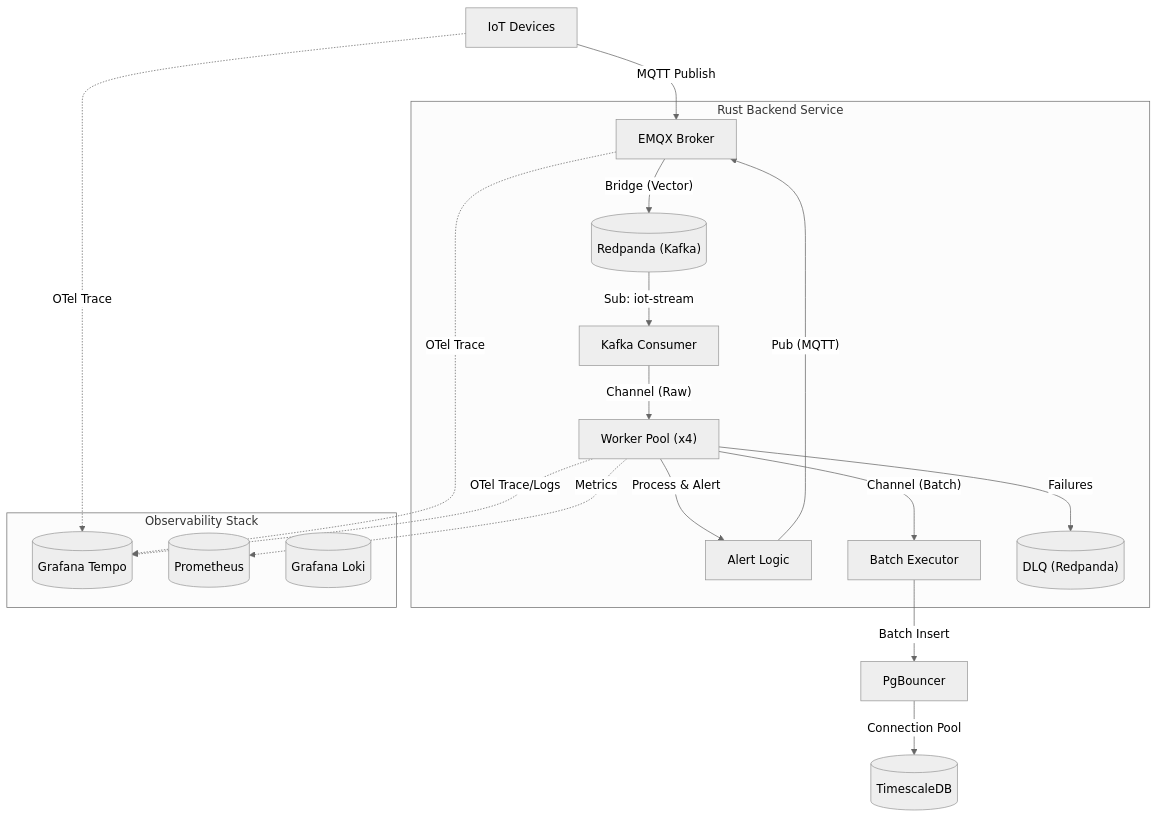
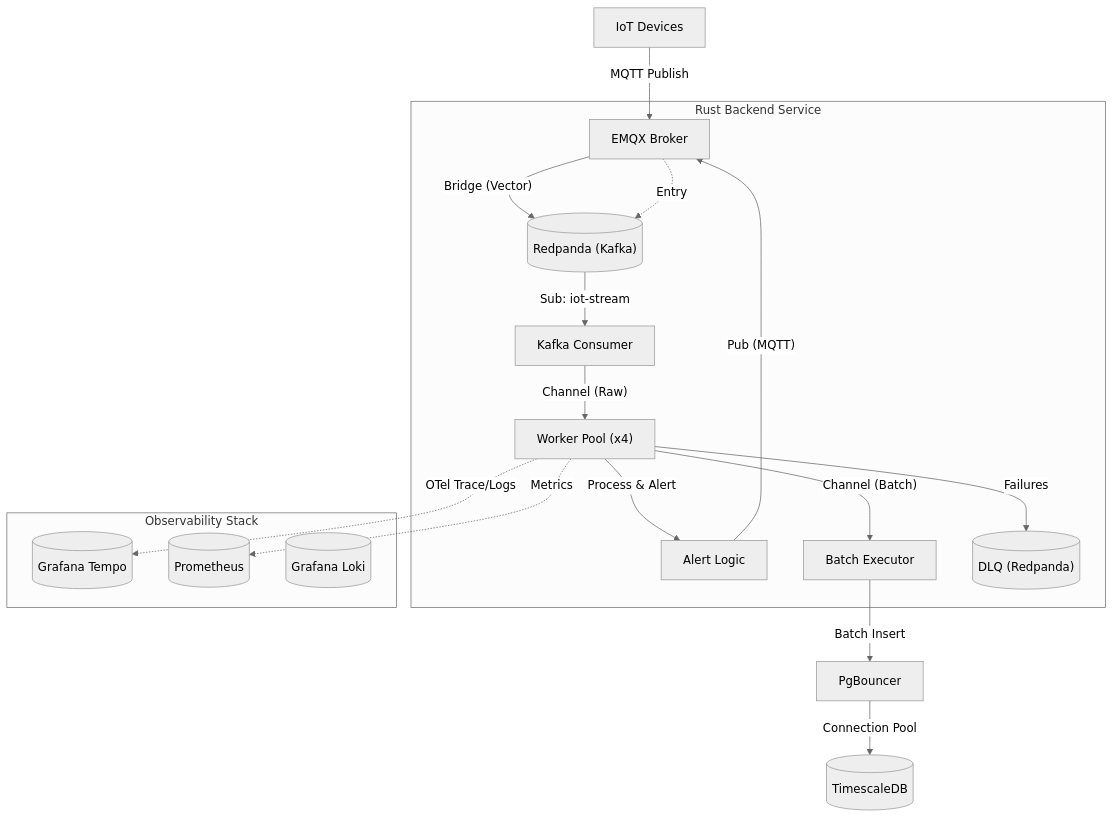
The diagram in README.md (anandcpanchal/rust-mqtt-ingestor), drawn with Mermaid (neutral theme) before and after one commit. The commit also changed other lines of this file and 2 other files, not shown here.

````diff
--- a/README.md
+++ b/README.md
@@ -10,28 +10,27 @@
 ```mermaid
 graph TD
     Devices["IoT Devices"] -->|MQTT Publish| EMQX["EMQX Broker"]
     EMQX -->|"Bridge (Vector)"| Redpanda[("Redpanda (Kafka)")]
     
     subgraph Backend ["Rust Backend Service"]
         Redpanda -->|Sub: iot-stream| Consumer["Kafka Consumer"]
         Consumer -->|"Channel (Raw)"| WorkerPool["Worker Pool (x4)"]
         WorkerPool -->|Process & Alert| AlertLogic["Alert Logic"]
         AlertLogic -->|"Pub (MQTT)"| EMQX
         WorkerPool -->|"Channel (Batch)"| Executor["Batch Executor"]
         WorkerPool -->|Failures| DLQ[("DLQ (Redpanda)")]
     end
     
     Executor -->|"Batch Insert"| PgBouncer
     PgBouncer -->|"Connection Pool"| TimescaleDB[("TimescaleDB")]
 
     %% Observability Connections
-    Devices -.->|OTel Trace| Tempo
-    EMQX -.->|OTel Trace| Tempo
+    EMQX -.->|Entry| Redpanda
     subgraph Observability ["Observability Stack"]
         Tempo[("Grafana Tempo")]
         Prometheus[("Prometheus")]
         Loki[("Grafana Loki")]
     end
     WorkerPool -.->|OTel Trace/Logs| Tempo
     WorkerPool -.->|Metrics| Prometheus
 ```
````
